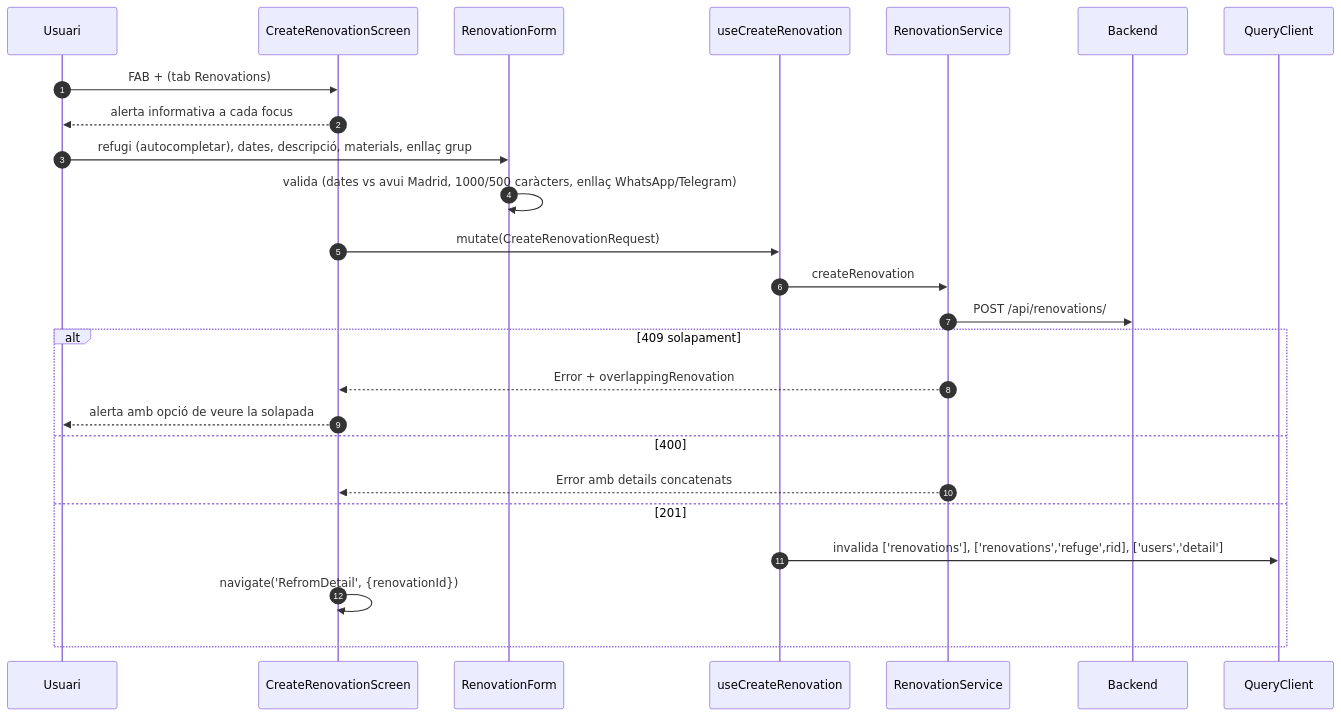
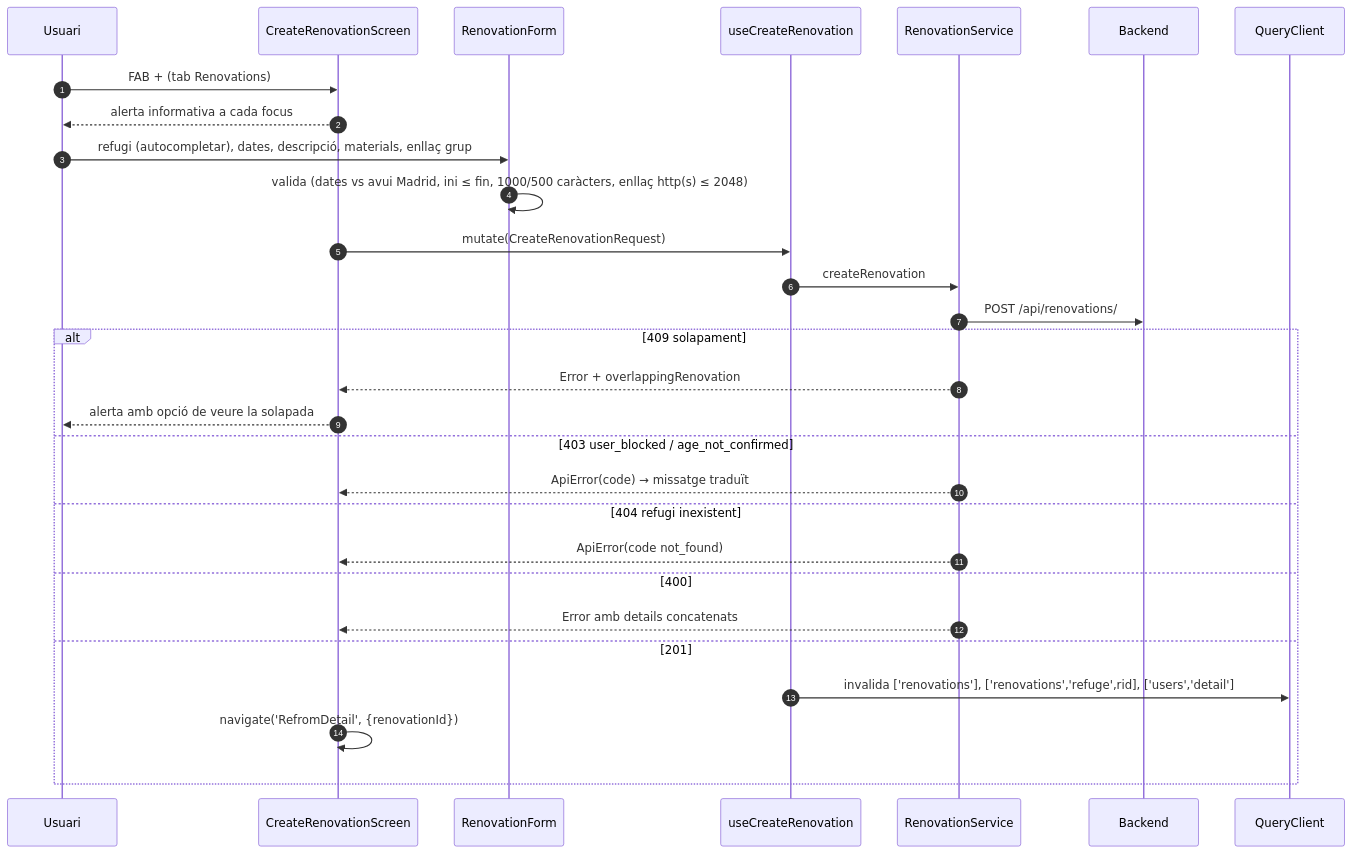
The first of 2 diagrams in docs/flows/06-renovations.md (jordirev/RefugisLliures_Frontend), drawn with Mermaid before and after one commit. The commit also changed other lines of this file and 5 other files, not shown here.

````diff
--- a/docs/flows/06-renovations.md
+++ b/docs/flows/06-renovations.md
@@ -20,28 +20,32 @@
 ```mermaid
 sequenceDiagram
     autonumber
     participant U as Usuari
     participant CS as CreateRenovationScreen
     participant F as RenovationForm
     participant H as useCreateRenovation
     participant S as RenovationService
     participant BE as Backend
     participant Q as QueryClient
 
     U->>CS: FAB + (tab Renovations)
     CS-->>U: alerta informativa a cada focus
     U->>F: refugi (autocompletar), dates, descripció, materials, enllaç grup
-    F->>F: valida (dates vs avui Madrid, 1000/500 caràcters, enllaç WhatsApp/Telegram)
+    F->>F: valida (dates vs avui Madrid, ini ≤ fin, 1000/500 caràcters, enllaç http(s) ≤ 2048)
     CS->>H: mutate(CreateRenovationRequest)
     H->>S: createRenovation
     S->>BE: POST /api/renovations/
     alt 409 solapament
         S-->>CS: Error + overlappingRenovation
         CS-->>U: alerta amb opció de veure la solapada
+    else 403 user_blocked / age_not_confirmed
+        S-->>CS: ApiError(code) → missatge traduït
+    else 404 refugi inexistent
+        S-->>CS: ApiError(code not_found)
     else 400
         S-->>CS: Error amb details concatenats
     else 201
         H->>Q: invalida ['renovations'], ['renovations','refuge',rid], ['users','detail']
         CS->>CS: navigate('RefromDetail', {renovationId})
     end
 ```
````
